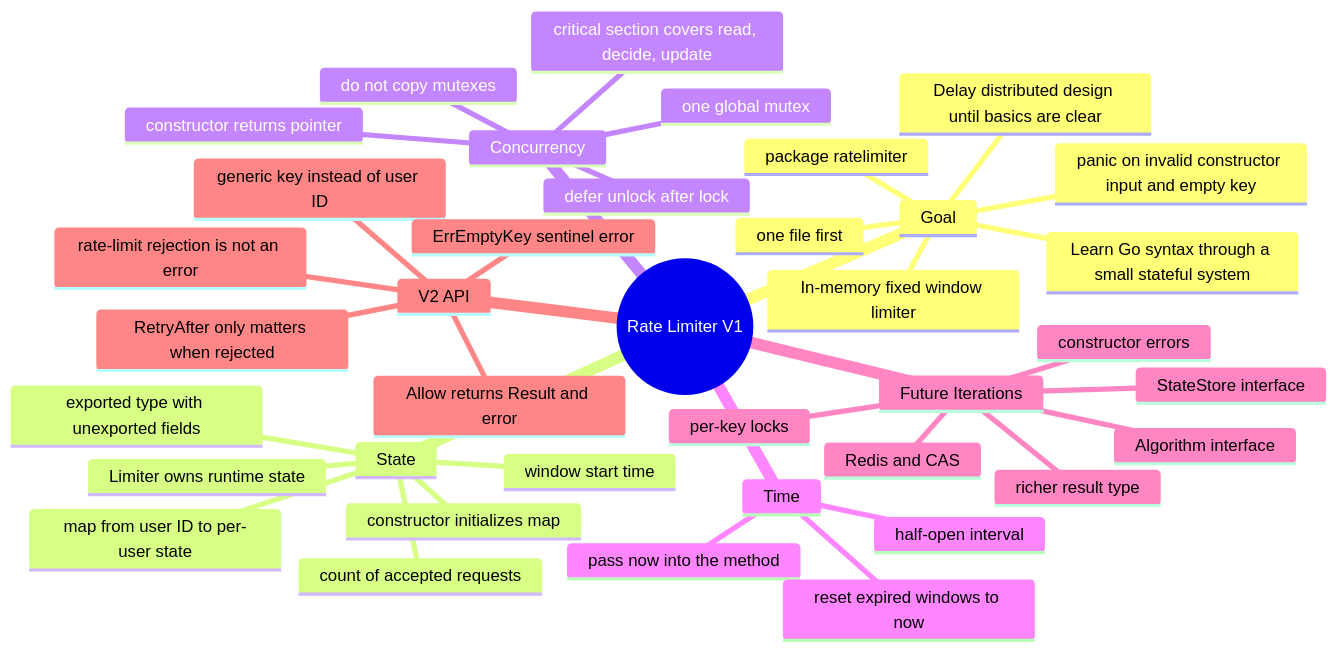
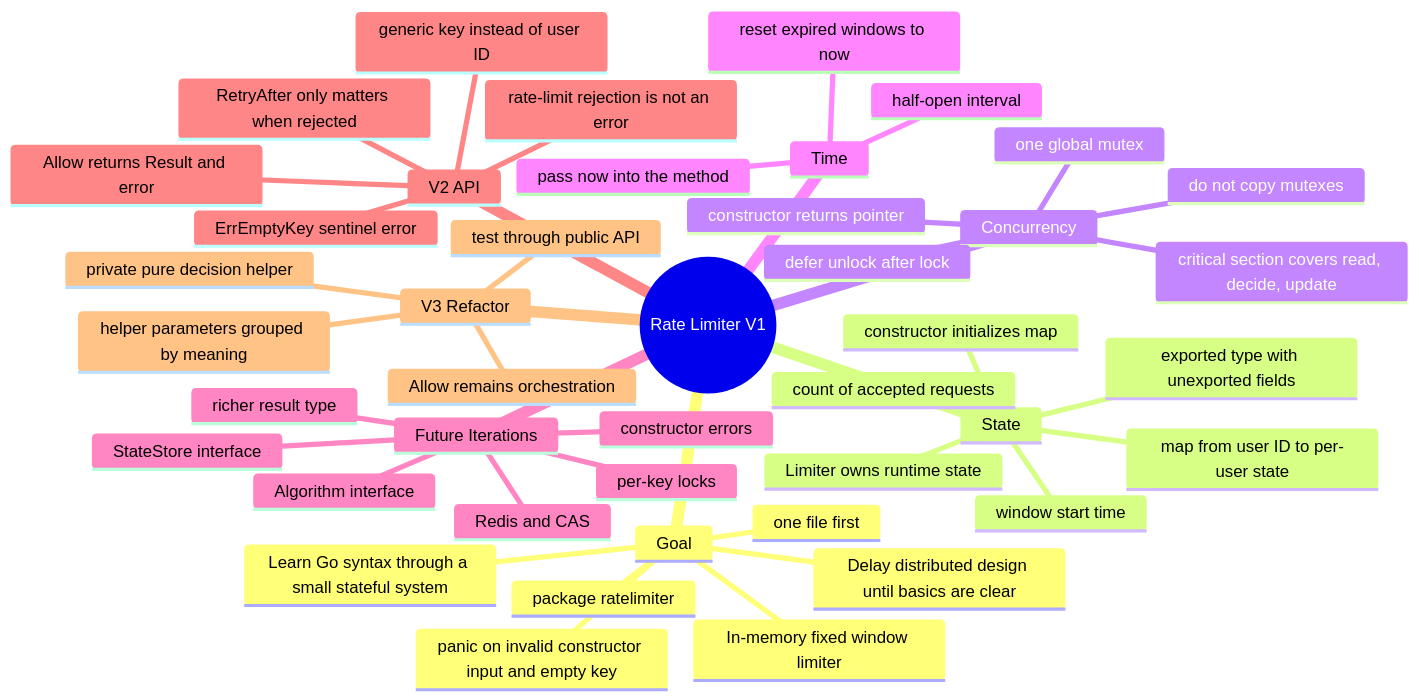
One commit to Harsh-Upadhayay/ratelimiter changed the diagram in docs/mindmaps/V1 Learning Mindmap.md. Above: the diagram before and after it, drawn with Mermaid. The commit also changed 10 other files, not shown here.

Commit message:
feat: add V3 decision logic and helper functions documentation, refactor rate limiter decision process

````diff
--- a/docs/mindmaps/V1 Learning Mindmap.md
+++ b/docs/mindmaps/V1 Learning Mindmap.md
@@ -5,41 +5,46 @@
 ```mermaid
 mindmap
   root((Rate Limiter V1))
     Goal
       In-memory fixed window limiter
       Learn Go syntax through a small stateful system
       Delay distributed design until basics are clear
       package ratelimiter
       one file first
       panic on invalid constructor input and empty key
     State
       Limiter owns runtime state
       exported type with unexported fields
       map from user ID to per-user state
       count of accepted requests
       window start time
       constructor initializes map
     Concurrency
       one global mutex
       critical section covers read, decide, update
       defer unlock after lock
       do not copy mutexes
       constructor returns pointer
     Time
       pass now into the method
       reset expired windows to now
       half-open interval
     Future Iterations
       Algorithm interface
       StateStore interface
       richer result type
       constructor errors
       per-key locks
       Redis and CAS
     V2 API
       Allow returns Result and error
       generic key instead of user ID
       ErrEmptyKey sentinel error
       rate-limit rejection is not an error
       RetryAfter only matters when rejected
+    V3 Refactor
+      private pure decision helper
+      Allow remains orchestration
+      test through public API
+      helper parameters grouped by meaning
 ```
````
